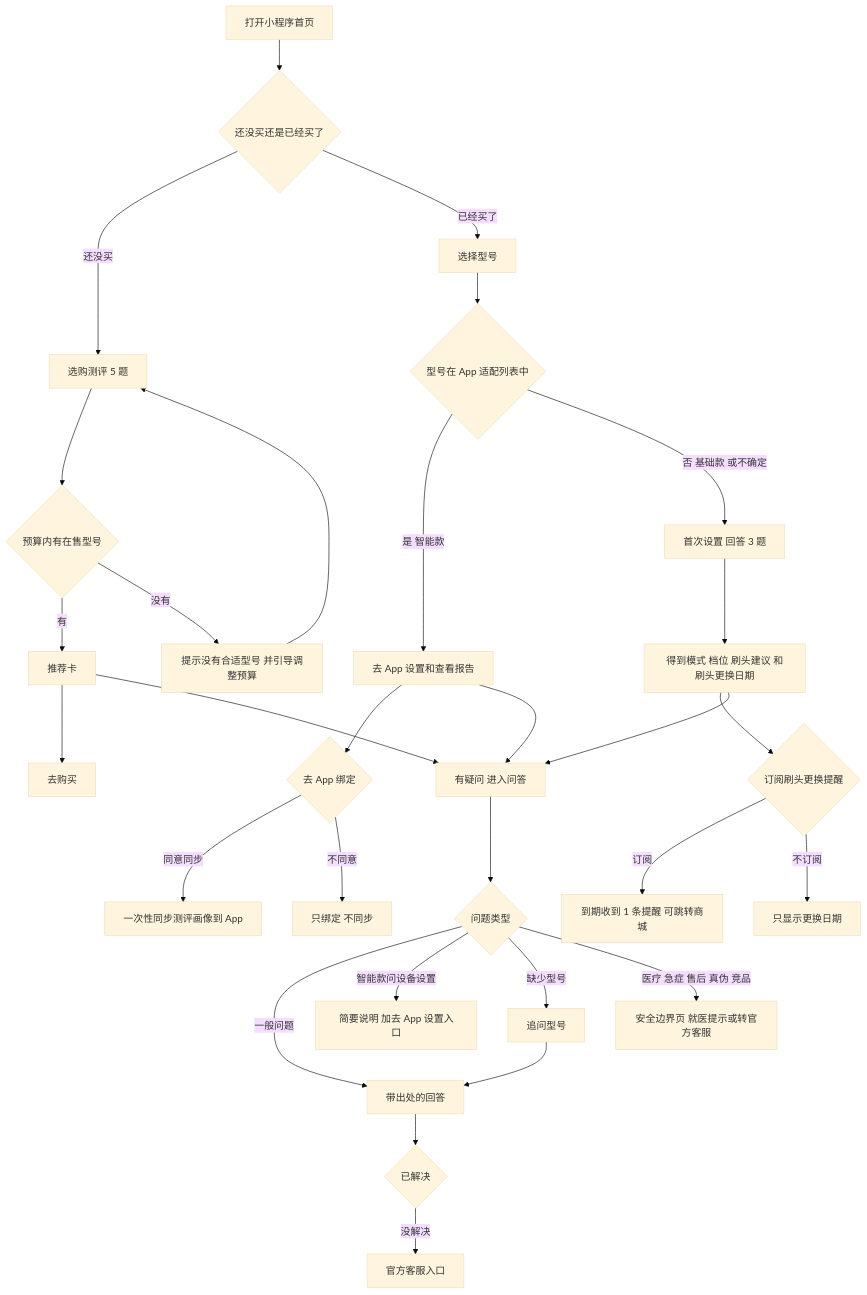
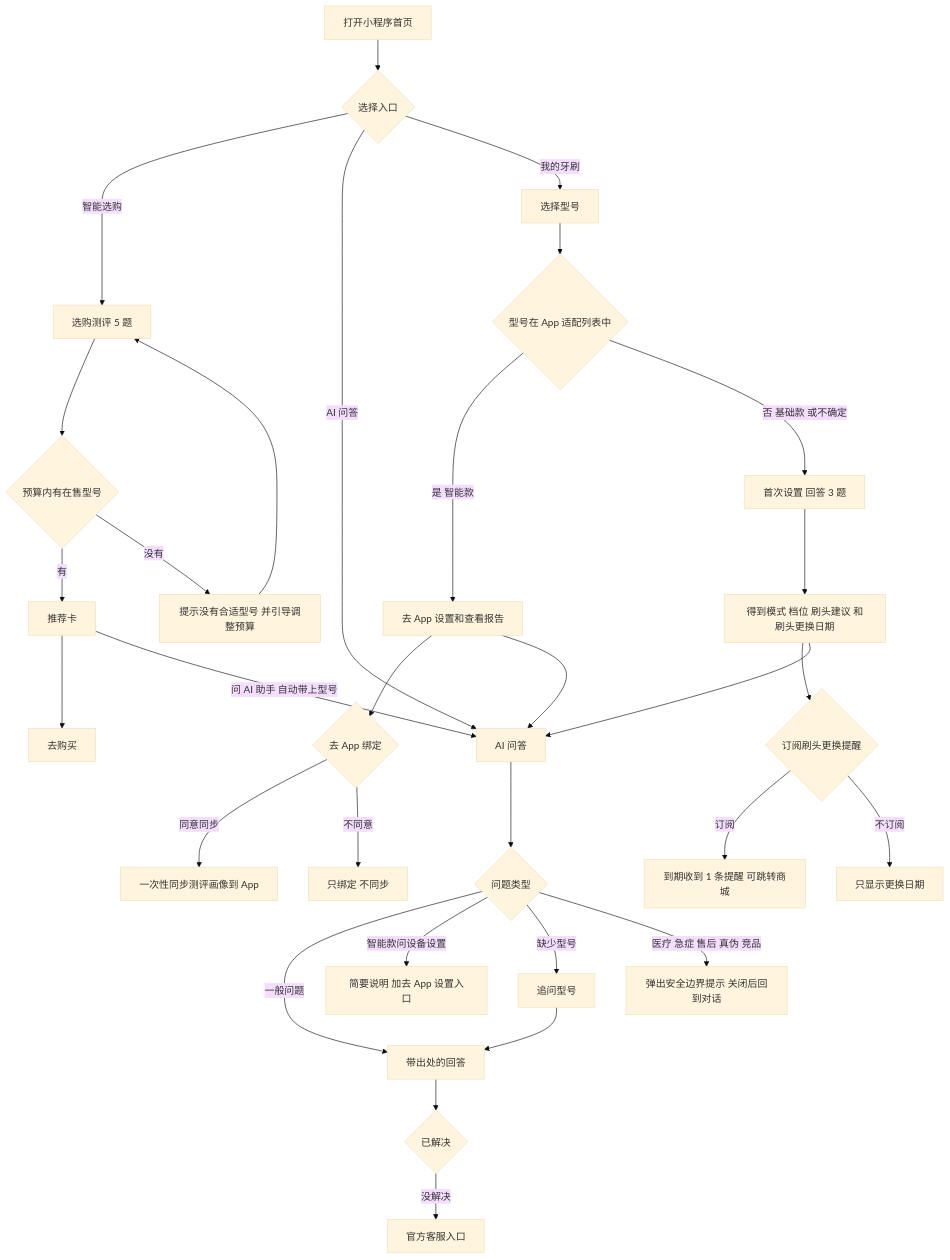
The first of 6 diagrams in docs/PRD_v1.0.md (XinyueFan-27/usmile-ai-care-assistant), drawn with Mermaid (base theme) before and after one commit. The commit also changed other lines of this file and 3 other files, not shown here.

````diff
--- a/docs/PRD_v1.0.md
+++ b/docs/PRD_v1.0.md
@@ -593,31 +602,32 @@
 ```mermaid
 flowchart TD
-    A[打开小程序首页] --> B{还没买还是已经买了}
-    B -->|还没买| C[选购测评 5 题]
+    A[打开小程序首页] --> B{选择入口}
+    B -->|智能选购| C[选购测评 5 题]
+    B -->|AI 问答| Q
     C --> D{预算内有在售型号}
     D -->|有| E[推荐卡]
     D -->|没有| F[提示没有合适型号 并引导调整预算]
     F --> C
     E --> G[去购买]
-    E --> Q[有疑问 进入问答]
-    B -->|已经买了| RT[选择型号]
+    E -->|问 AI 助手 自动带上型号| Q[AI 问答]
+    B -->|我的牙刷| RT[选择型号]
     RT --> RTD{型号在 App 适配列表中}
     RTD -->|是 智能款| SA[去 App 设置和查看报告]
     SA --> BD{去 App 绑定}
     BD -->|同意同步| SY[一次性同步测评画像到 App]
     BD -->|不同意| BN[只绑定 不同步]
     RTD -->|否 基础款 或不确定| H[首次设置 回答 3 题]
     SA --> Q
     H --> I[得到模式 档位 刷头建议 和刷头更换日期]
     I --> J{订阅刷头更换提醒}
     J -->|订阅| K[到期收到 1 条提醒 可跳转商城]
     J -->|不订阅| L[只显示更换日期]
     I --> Q
     Q --> M{问题类型}
     M -->|一般问题| N[带出处的回答]
     M -->|智能款问设备设置| GA[简要说明 加去 App 设置入口]
     M -->|缺少型号| O[追问型号] --> N
-    M -->|医疗 急症 售后 真伪 竞品| P[安全边界页 就医提示或转官方客服]
+    M -->|医疗 急症 售后 真伪 竞品| P[弹出安全边界提示 关闭后回到对话]
     N --> R{已解决}
     R -->|没解决| S[官方客服入口]
 ```
````
